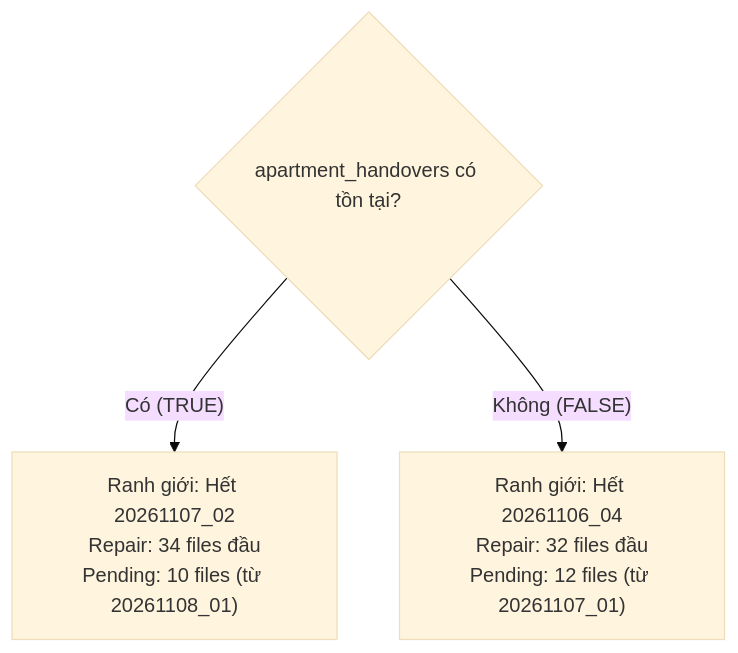
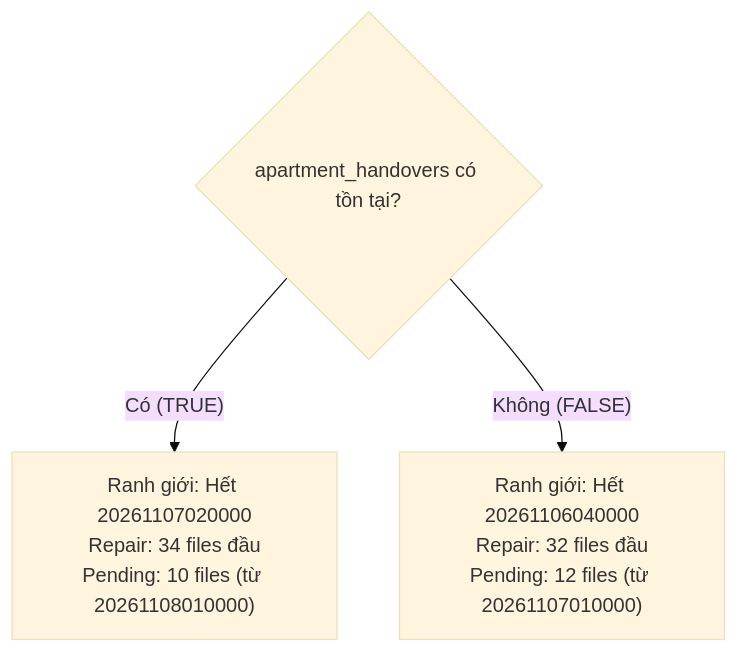
Before and after one commit to PVM-05/PKA-Home: the second of 2 diagrams in docs/MIGRATION_DEPLOYMENT_RUNBOOK.md, drawn with Mermaid (base theme). The commit also changed other lines of this file and 168 other files, not shown here.

````diff
--- a/docs/MIGRATION_DEPLOYMENT_RUNBOOK.md
+++ b/docs/MIGRATION_DEPLOYMENT_RUNBOOK.md
@@ -125,6 +132,6 @@
 ```mermaid
 flowchart TD
     Check{"apartment_handovers có tồn tại?"}
-    Check -- "Có (TRUE)" --> BoundA["Ranh giới: Hết 20261107_02<br/>Repair: 34 files đầu<br/>Pending: 10 files (từ 20261108_01)"]
-    Check -- "Không (FALSE)" --> BoundB["Ranh giới: Hết 20261106_04<br/>Repair: 32 files đầu<br/>Pending: 12 files (từ 20261107_01)"]
+    Check -- "Có (TRUE)" --> BoundA["Ranh giới: Hết 20261107020000<br/>Repair: 34 files đầu<br/>Pending: 10 files (từ 20261108010000)"]
+    Check -- "Không (FALSE)" --> BoundB["Ranh giới: Hết 20261106040000<br/>Repair: 32 files đầu<br/>Pending: 12 files (từ 20261107010000)"]
 ```
````
